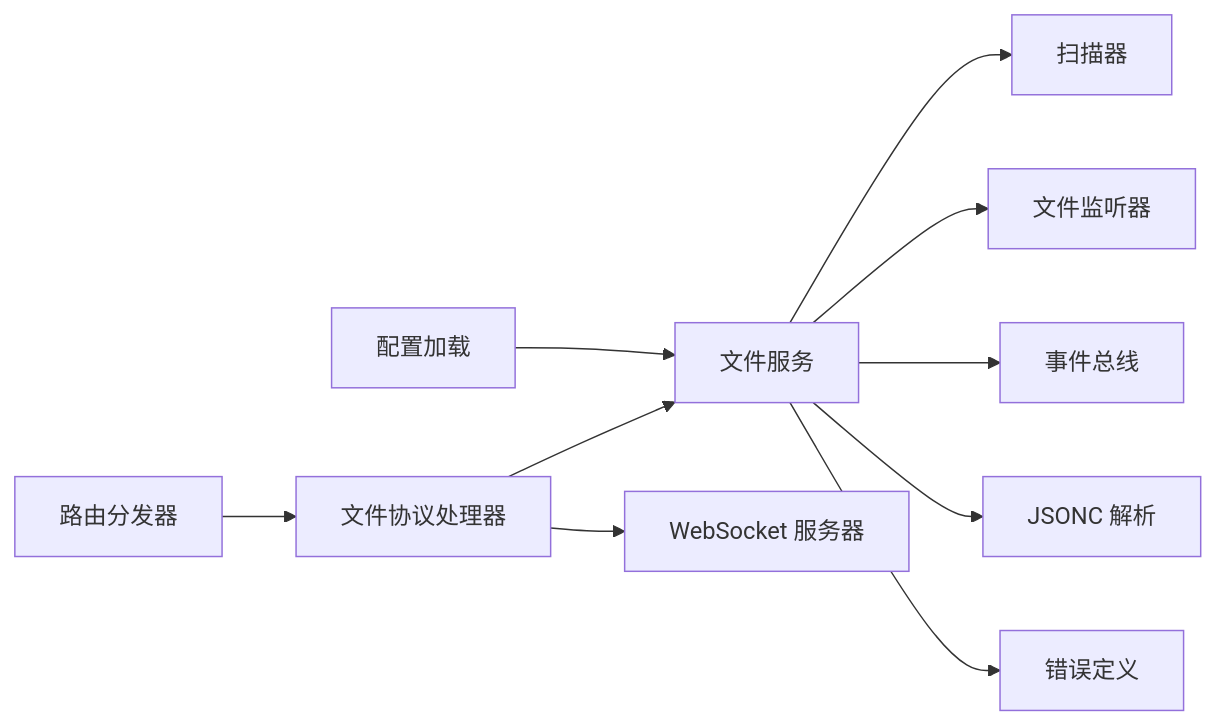
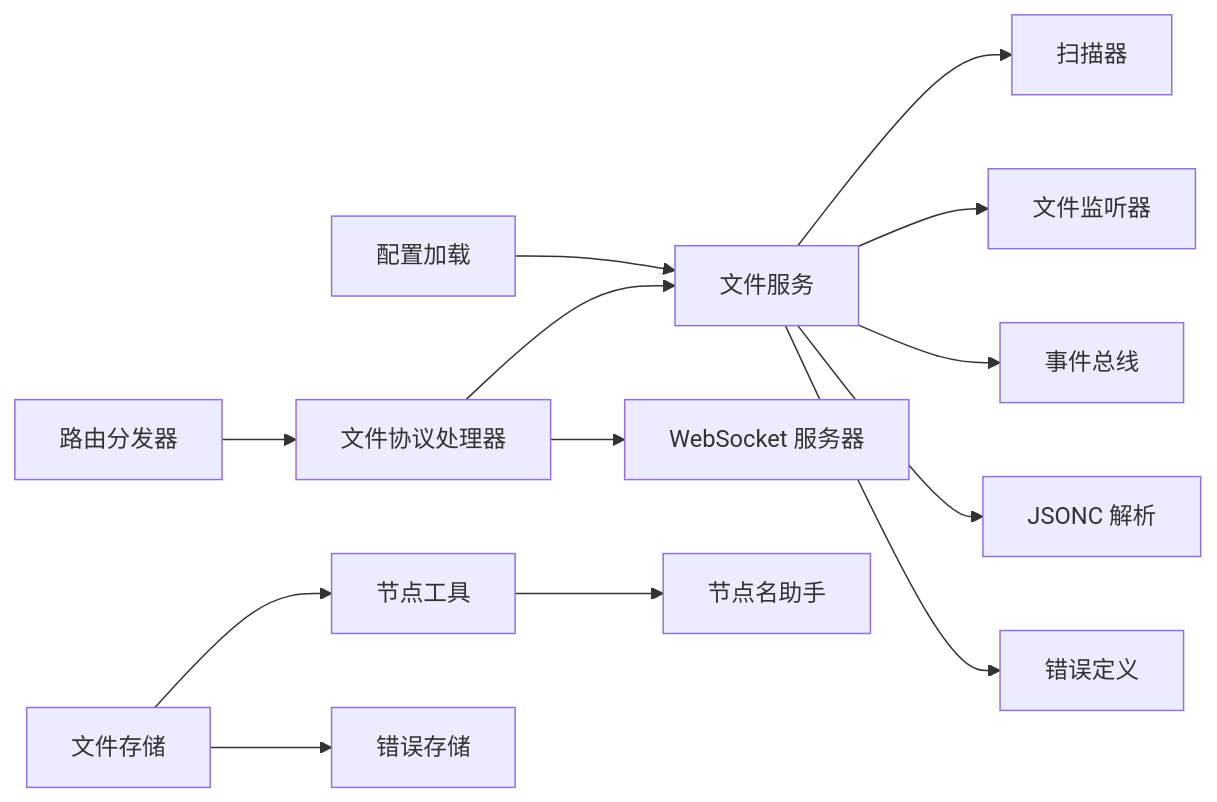
Before and after one commit to kqcoxn/MaaPipelineEditor: the eighth of 8 diagrams in .qoder/repowiki/zh/content/本地服务集成/文件管理系统.md, drawn with Mermaid. The commit also changed other lines of this file and 16 other files, not shown here.

````diff
--- a/.qoder/repowiki/zh/content/本地服务集成/文件管理系统.md
+++ b/.qoder/repowiki/zh/content/本地服务集成/文件管理系统.md
@@ -345,12 +421,15 @@
 ```mermaid
 graph LR
 FH["文件协议处理器"] --> FS["文件服务"]
 FS --> SC["扫描器"]
 FS --> WK["文件监听器"]
 FS --> EB["事件总线"]
 FH --> WS["WebSocket 服务器"]
 RT["路由分发器"] --> FH
 FS --> JC["JSONC 解析"]
 FS --> ERR["错误定义"]
 CFG["配置加载"] --> FS
+FV["文件存储"] --> NU["节点工具"]
+FV --> ES["错误存储"]
+NU --> NH["节点名助手"]
 ```
````
